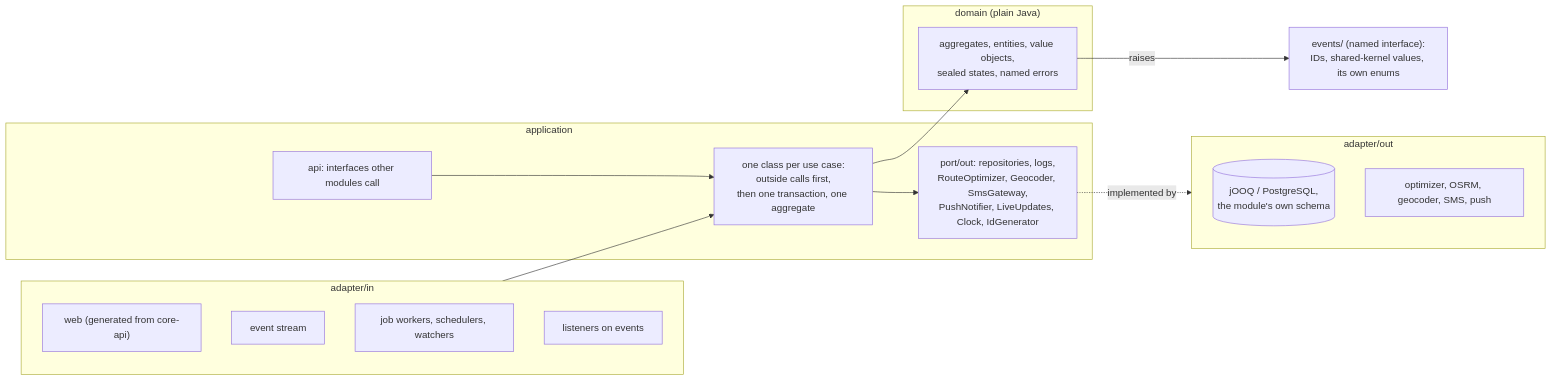
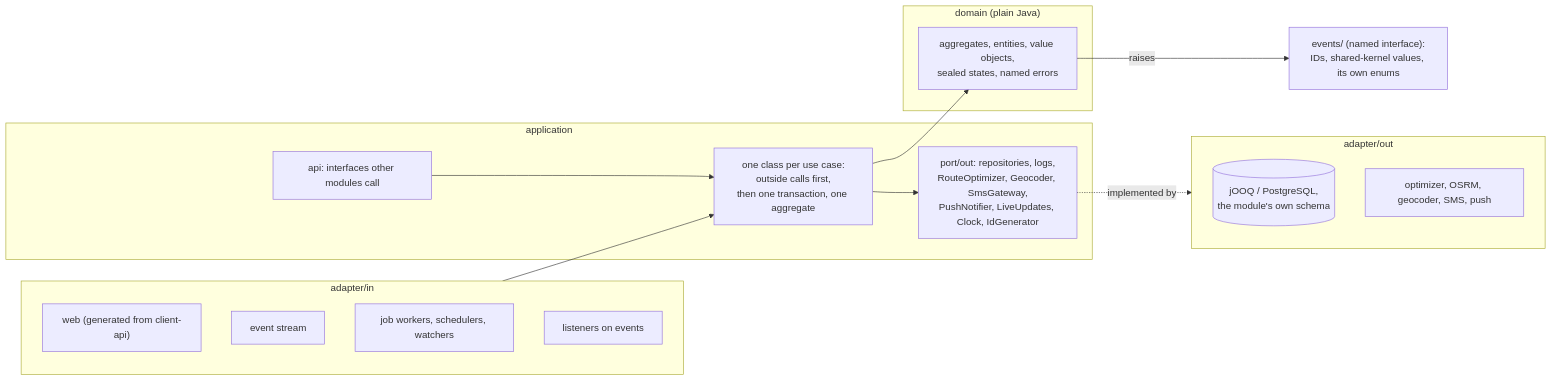
The ninth of 10 diagrams in docs/architecture/domain_layer/domain_layer_design.md (NaimElijah/DispatchFlow), drawn with Mermaid before and after one commit. The commit also changed other lines of this file and 19 other files, not shown here.

````diff
--- a/docs/architecture/domain_layer/domain_layer_design.md
+++ b/docs/architecture/domain_layer/domain_layer_design.md
@@ -1481,28 +1481,28 @@
 ```mermaid
 flowchart LR
   subgraph IN["adapter/in"]
-    WEB["web (generated from core-api)"]
+    WEB["web (generated from client-api)"]
     SSE["event stream"]
     JOB["job workers, schedulers, watchers"]
     LIS["listeners on events"]
   end
   subgraph APP["application"]
     API["api: interfaces other modules call"]
     SVC["one class per use case:<br/>outside calls first,<br/>then one transaction, one aggregate"]
     POUT["port/out: repositories, logs,<br/>RouteOptimizer, Geocoder, SmsGateway,<br/>PushNotifier, LiveUpdates, Clock, IdGenerator"]
   end
   subgraph DOM["domain (plain Java)"]
     M["aggregates, entities, value objects,<br/>sealed states, named errors"]
   end
   subgraph OUT["adapter/out"]
     DB[("jOOQ / PostgreSQL,<br/>the module's own schema")]
     HTTP["optimizer, OSRM, geocoder, SMS, push"]
   end
   IN --> SVC
   API --> SVC
   SVC --> M
   SVC --> POUT
   EVT["events/ (named interface):<br/>IDs, shared-kernel values, its own enums"]
   M -->|raises| EVT
   POUT -.->|implemented by| OUT
 ```
````
